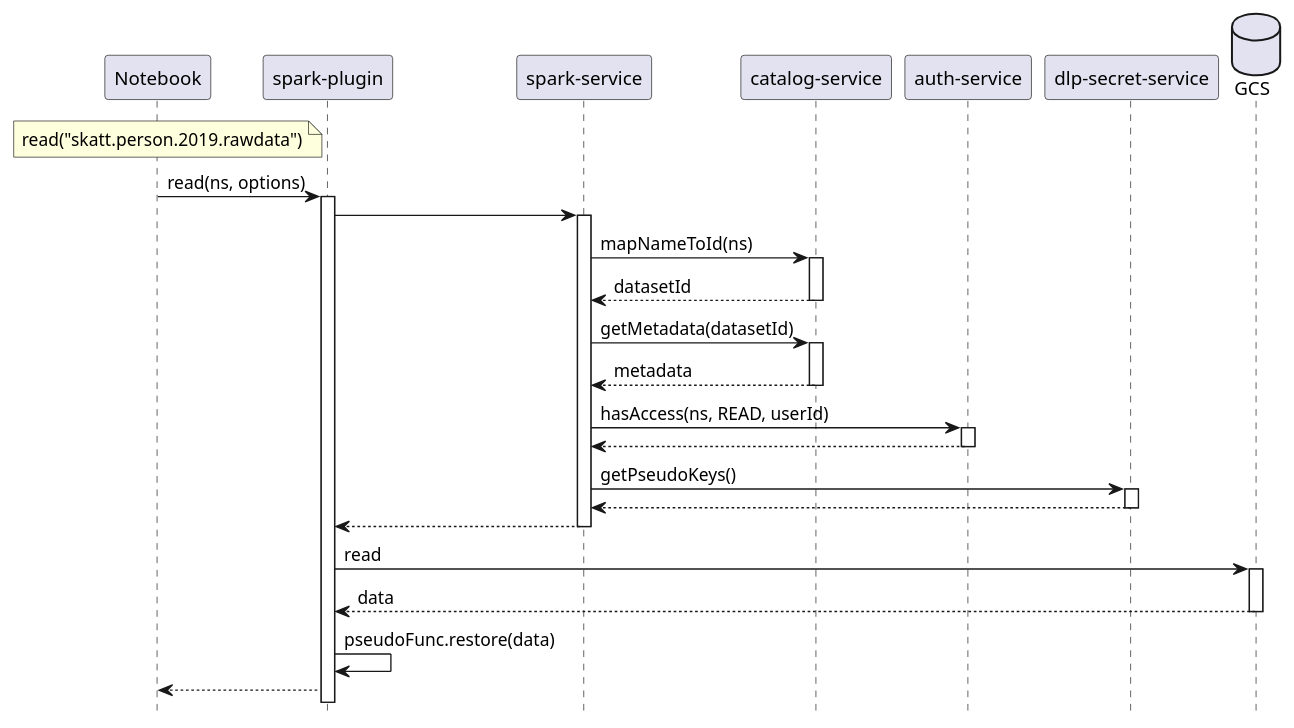
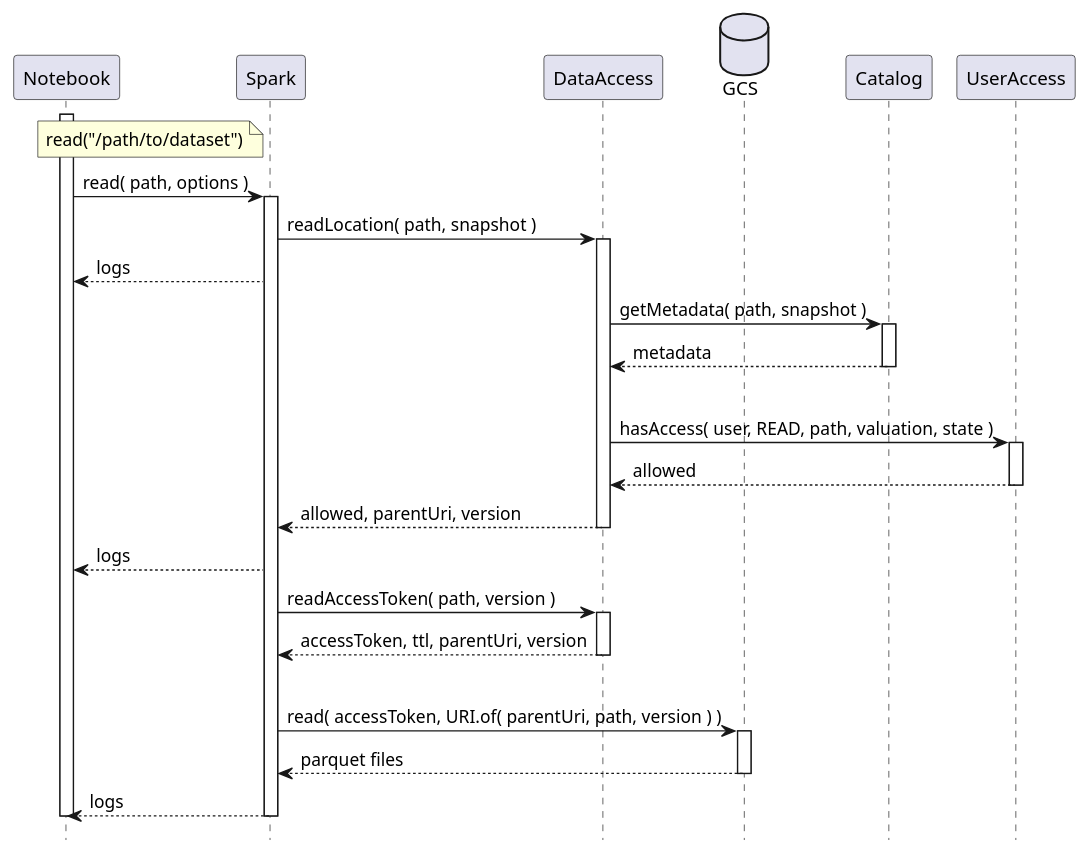
Before and after one commit to statisticsnorway/dapla-project: the diagram in doc/data-read-success.puml, drawn with PlantUML.

Commit message:
Updated data-read-success sequence diagram

```diff
--- a/doc/data-read-success.puml
+++ b/doc/data-read-success.puml
@@ -1,51 +1,38 @@
 @startuml
 hide footbox
 
 ' Participants
 
-participant "Notebook" as Notebook
-participant "spark-plugin" as SparkPlugin
-participant "spark-service" as SparkService
-participant "catalog-service" as CatalogService
-participant "auth-service" as AuthService
-participant "dlp-secret-service" as SecretService
-database "GCS" as GCS
+participant "Notebook" as notebook
+participant "Spark" as spark
+participant "DataAccess" as data_access
+database "GCS" as gcs
+participant "Catalog" as catalog
+participant "UserAccess" as user_access
 
-' Read depseudonymized data
+' Read data
 
-note left of SparkPlugin
-    read("skatt.person.2019.rawdata")
+note left of spark
+    read("/path/to/dataset")
 end note
 
-Notebook->SparkPlugin: read(ns, options)
-activate SparkPlugin
-SparkPlugin->SparkService:
-activate SparkService
-SparkService->CatalogService: mapNameToId(ns)
-activate CatalogService
-CatalogService-->SparkService: datasetId
-deactivate CatalogService
-SparkService->CatalogService: getMetadata(datasetId)
-activate CatalogService
-CatalogService-->SparkService: metadata
-deactivate CatalogService
-SparkService->AuthService: hasAccess(ns, READ, userId)
-activate AuthService
-AuthService-->SparkService:
-deactivate AuthService
-SparkService->SecretService: getPseudoKeys()
-activate SecretService
-SecretService-->SparkService:
-deactivate SecretService
-SparkService-->SparkPlugin:
-deactivate SparkService
-
-SparkPlugin->GCS: read
-activate GCS
-GCS-->SparkPlugin: data
-deactivate GCS
-
-SparkPlugin->SparkPlugin: pseudoFunc.restore(data)
-SparkPlugin-->Notebook
+activate notebook
+notebook->spark ++ : read( path, options )
+spark->data_access ++ : readLocation( path, snapshot )
+spark-->notebook: logs
+data_access->catalog ++ : getMetadata( path, snapshot )
+return metadata
+|||
+data_access->user_access ++ : hasAccess( user, READ, path, valuation, state )
+return allowed
+return allowed, parentUri, version
+spark-->notebook: logs
+spark->data_access ++ : readAccessToken( path, version )
+return accessToken, ttl, parentUri, version
+|||
+spark->gcs ++ : read( accessToken, URI.of( parentUri, path, version ) )
+return parquet files
+return logs
+deactivate notebook
 
 @enduml
```
